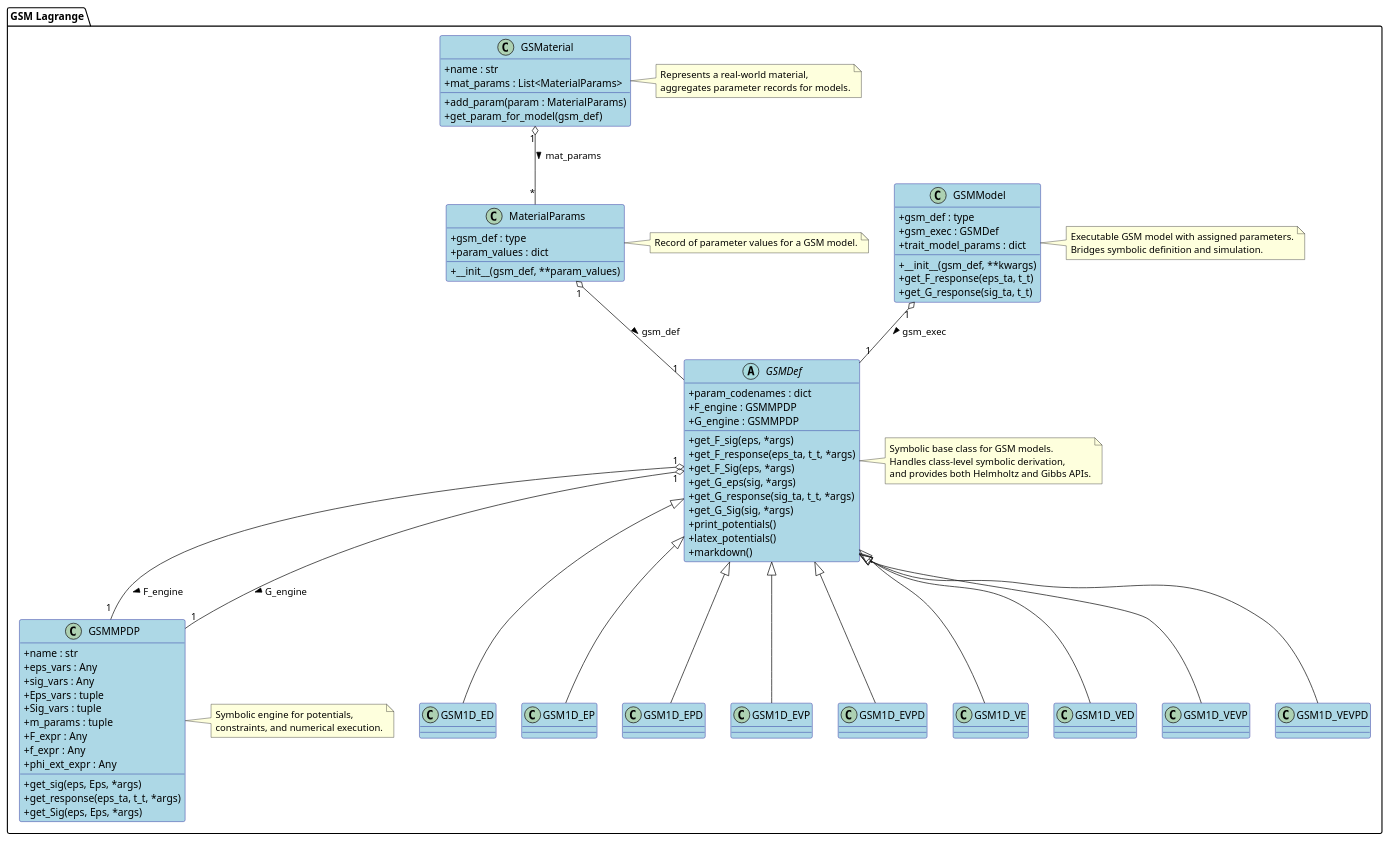
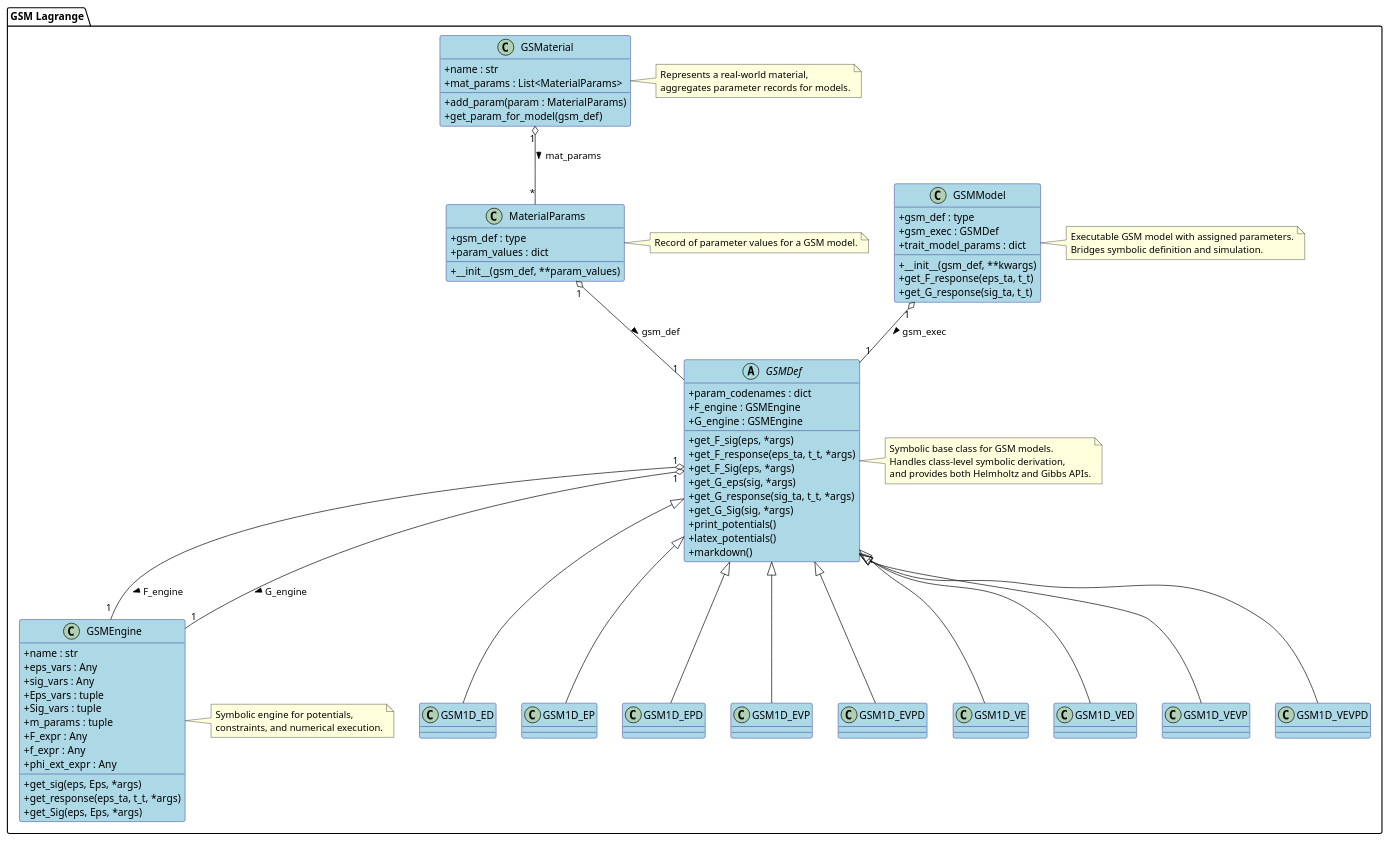
The diagram in bmcs_matmod/gsm_lagrange/gsm_lagrange.puml (bmcs-group/bmcs_matmod), drawn with PlantUML before and after one commit. The commit also changed 32 other files, not shown here.

```diff
--- a/bmcs_matmod/gsm_lagrange/gsm_lagrange.puml
+++ b/bmcs_matmod/gsm_lagrange/gsm_lagrange.puml
@@ -1,117 +1,117 @@
 @startuml GSM Lagrange Class Diagram
 
 skinparam classAttributeIconSize 0
 skinparam classFontSize 14
 skinparam classFontName Arial
 skinparam backgroundColor white
 skinparam classBackgroundColor LightBlue
 skinparam classBorderColor DarkBlue
 
 package "GSM Lagrange" {
     abstract class GSMDef {
         +param_codenames : dict
-        +F_engine : GSMMPDP
-        +G_engine : GSMMPDP
+        +F_engine : GSMEngine
+        +G_engine : GSMEngine
         +get_F_sig(eps, *args)
         +get_F_response(eps_ta, t_t, *args)
         +get_F_Sig(eps, *args)
         +get_G_eps(sig, *args)
         +get_G_response(sig_ta, t_t, *args)
         +get_G_Sig(sig, *args)
         +print_potentials()
         +latex_potentials()
         +markdown()
     }
 
-    class GSMMPDP {
+    class GSMEngine {
         +name : str
         +eps_vars : Any
         +sig_vars : Any
         +Eps_vars : tuple
         +Sig_vars : tuple
         +m_params : tuple
         +F_expr : Any
         +f_expr : Any
         +phi_ext_expr : Any
         +get_sig(eps, Eps, *args)
         +get_response(eps_ta, t_t, *args)
         +get_Sig(eps, Eps, *args)
     }
 
     class GSMModel {
         +gsm_def : type
         +gsm_exec : GSMDef
         +trait_model_params : dict
         +__init__(gsm_def, **kwargs)
         +get_F_response(eps_ta, t_t)
         +get_G_response(sig_ta, t_t)
     }
 
     class MaterialParams {
         +gsm_def : type
         +param_values : dict
         +__init__(gsm_def, **param_values)
     }
 
     class GSMaterial {
         +name : str
         +mat_params : List<MaterialParams>
         +add_param(param : MaterialParams)
         +get_param_for_model(gsm_def)
     }
 
     ' 1D Model Classes
     class GSM1D_ED
     class GSM1D_EP
     class GSM1D_EPD
     class GSM1D_EVP
     class GSM1D_EVPD
     class GSM1D_VE
     class GSM1D_VED
     class GSM1D_VEVP
     class GSM1D_VEVPD
 
     ' Relationships
     GSMDef <|-- GSM1D_ED
     GSMDef <|-- GSM1D_EP
     GSMDef <|-- GSM1D_EPD
     GSMDef <|-- GSM1D_EVP
     GSMDef <|-- GSM1D_EVPD
     GSMDef <|-- GSM1D_VE
     GSMDef <|-- GSM1D_VED
     GSMDef <|-- GSM1D_VEVP
     GSMDef <|-- GSM1D_VEVPD
 
-    GSMDef "1" o-- "1" GSMMPDP : F_engine >
-    GSMDef "1" o-- "1" GSMMPDP : G_engine >
+    GSMDef "1" o-- "1" GSMEngine : F_engine >
+    GSMDef "1" o-- "1" GSMEngine : G_engine >
     GSMModel "1" o-- "1" GSMDef : gsm_exec >
     MaterialParams "1" o-- "1" GSMDef : gsm_def >
     GSMaterial "1" o-- "*" MaterialParams : mat_params >
 
     note right of GSMDef
       Symbolic base class for GSM models.
       Handles class-level symbolic derivation,
       and provides both Helmholtz and Gibbs APIs.
     end note
 
-    note right of GSMMPDP
+    note right of GSMEngine
       Symbolic engine for potentials,
       constraints, and numerical execution.
     end note
 
     note right of GSMModel
       Executable GSM model with assigned parameters.
       Bridges symbolic definition and simulation.
     end note
 
     note right of MaterialParams
       Record of parameter values for a GSM model.
     end note
 
     note right of GSMaterial
       Represents a real-world material,
       aggregates parameter records for models.
     end note
 }
 
 @enduml
```
